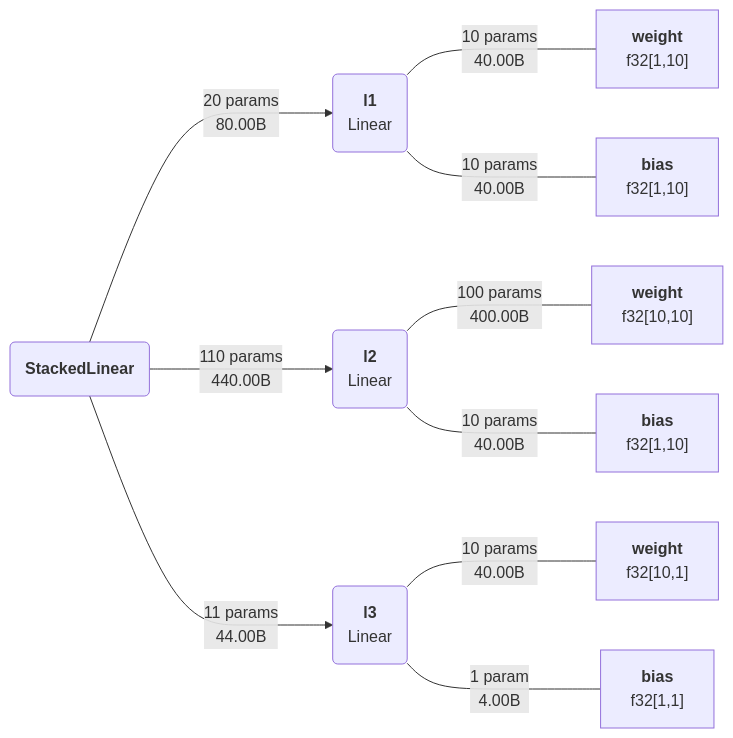
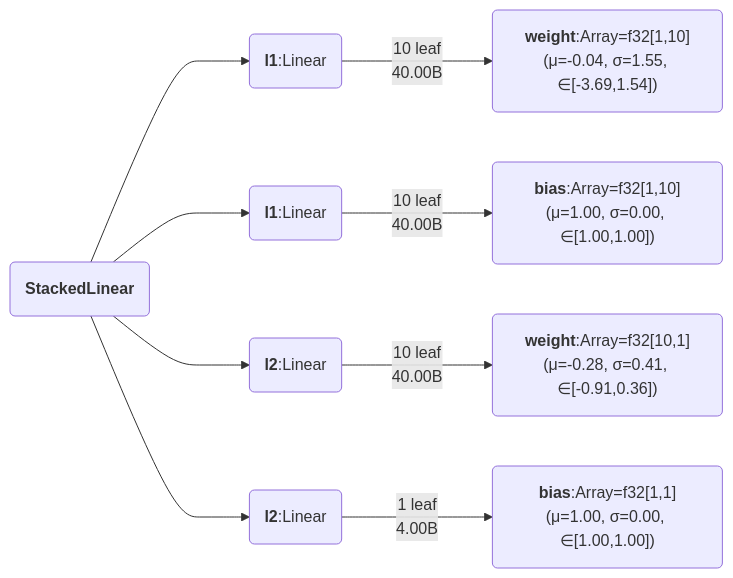
The diagram in README.md (ASEM000/pytreeclass), drawn with Mermaid before and after one commit. The commit also changed other lines of this file and 2 other files, not shown here.

````diff
--- a/README.md
+++ b/README.md
@@ -215,14 +163,13 @@
 ```mermaid
 
 flowchart LR
     id15696277213149321320(<b>StackedLinear</b>)
-    id15696277213149321320 ---> |"20 params<br>80.00B"| id159132120600507116("<b>l1</b><br>Linear")
-    id159132120600507116 ---- |"10 params<br>40.00B"| id7500441386962467209["<b>weight</b><br>f32[1,10]"]
-    id159132120600507116 ---- |"10 params<br>40.00B"| id10793958738030044218["<b>bias</b><br>f32[1,10]"]
-    id15696277213149321320 ---> |"110 params<br>440.00B"| id10009280772564895168("<b>l2</b><br>Linear")
-    id10009280772564895168 ---- |"100 params<br>400.00B"| id11951215191344350637["<b>weight</b><br>f32[10,10]"]
-    id10009280772564895168 ---- |"10 params<br>40.00B"| id1196345851686744158["<b>bias</b><br>f32[1,10]"]
-    id15696277213149321320 ---> |"11 params<br>44.00B"| id7572222925824649475("<b>l3</b><br>Linear")
-    id7572222925824649475 ---- |"10 params<br>40.00B"| id4749243995442935477["<b>weight</b><br>f32[10,1]"]
-    id7572222925824649475 ---- |"1 param<br>4.00B"| id8042761346510512486["<b>bias</b><br>f32[1,1]"]
+    id15696277213149321320--->id11876010482821707549("<b>l1</b>:Linear")
+    id11876010482821707549--->|"10 leaf<br>40.00B"|id12625879399672750750("<b>weight</b>:Array=f32[1,10](μ=-0.04, σ=1.55, ∈[-3.69,1.54])")
+    id15696277213149321320--->id5339875373373139095("<b>l1</b>:Linear")
+    id5339875373373139095--->|"10 leaf<br>40.00B"|id13172945660170386820("<b>bias</b>:Array=f32[1,10](μ=1.00, σ=0.00, ∈[1.00,1.00])")
+    id15696277213149321320--->id6287638614072342474("<b>l2</b>:Linear")
+    id6287638614072342474--->|"10 leaf<br>40.00B"|id1175353021666702085("<b>weight</b>:Array=f32[10,1](μ=-0.28, σ=0.41, ∈[-0.91,0.36])")
+    id15696277213149321320--->id17320446376606480513("<b>l2</b>:Linear")
+    id17320446376606480513--->|"1 leaf<br>4.00B"|id15467604975849568978("<b>bias</b>:Array=f32[1,1](μ=1.00, σ=0.00, ∈[1.00,1.00])")
 ```
````
